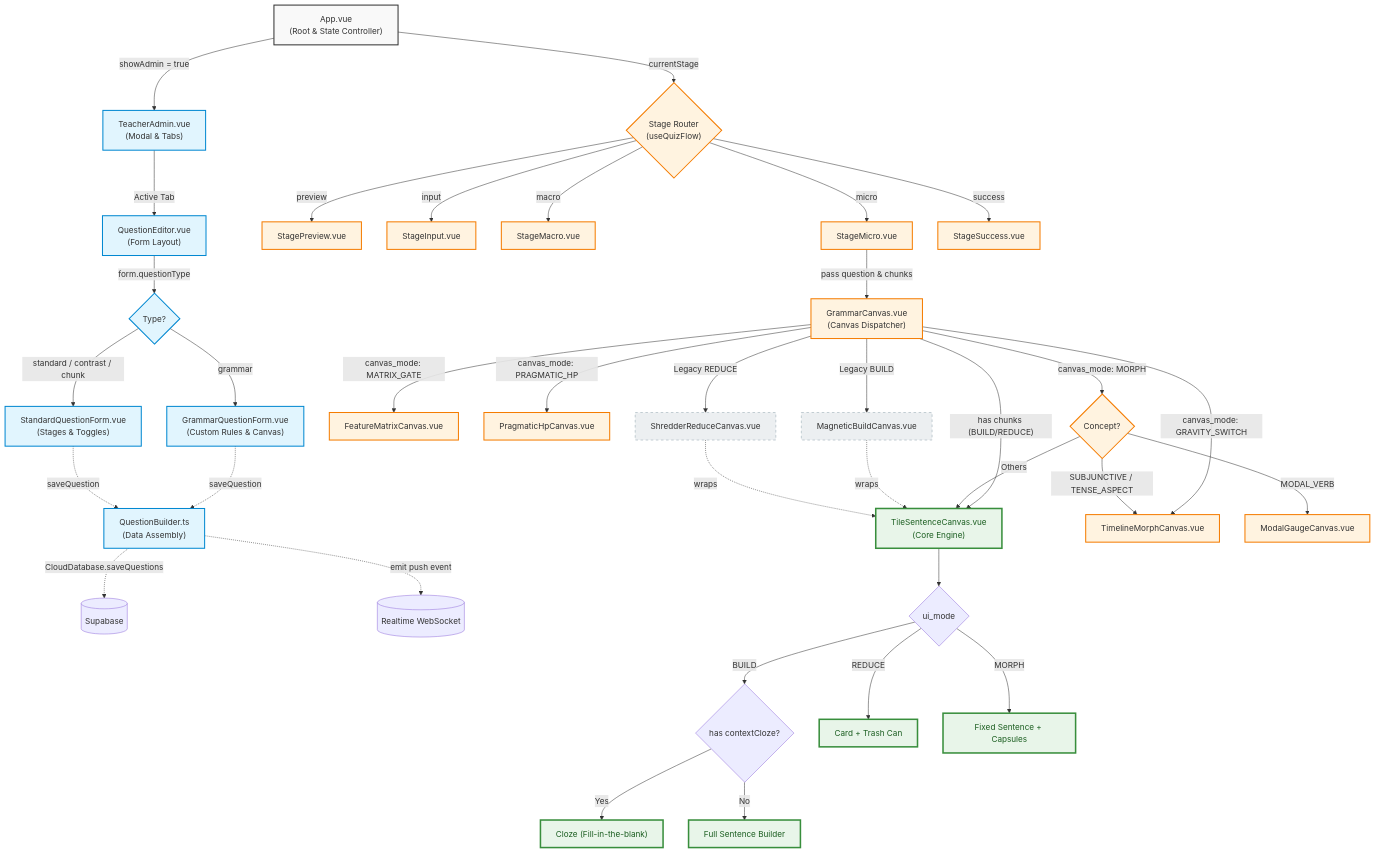
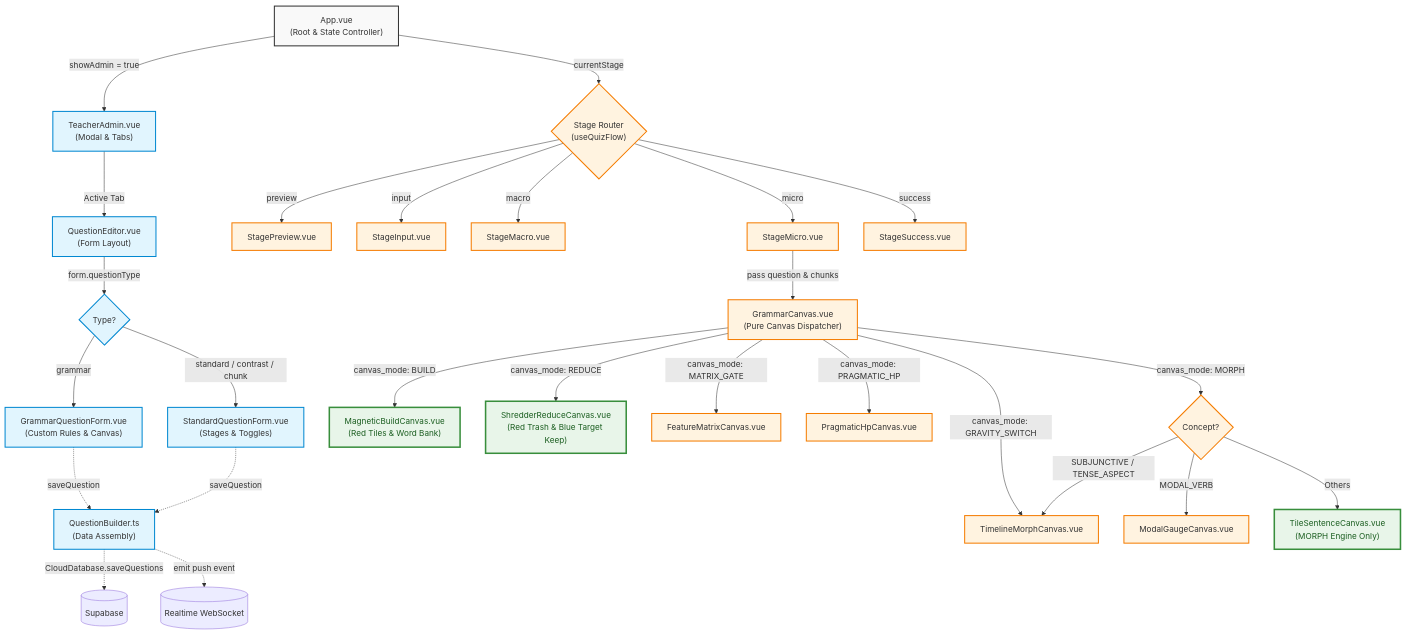
One commit to ylin3-learner/SyntaxHunt changed the third of 7 diagrams in README.md. Above: the diagram before and after it, drawn with Mermaid. The commit also changed other lines of this file and 1 other file, not shown here.

First line of the commit message:
docs(readme): update architecture diagrams and REDUCE mode documentation

````diff
--- a/README.md
+++ b/README.md
@@ -181,12 +181,13 @@
     StageRouter -->|"success"| StageSuccess["StageSuccess.vue"]
     
     %% Micro Stage (Core)
-    StageMicro -->|"pass question & chunks"| CanvasRouter["GrammarCanvas.vue<br/>(Canvas Dispatcher)"]
+    StageMicro -->|"pass question & chunks"| CanvasRouter["GrammarCanvas.vue<br/>(Pure Canvas Dispatcher)"]
 
     %% ==========================================
-    %% Canvas Routing
+    %% Canvas Routing (Strictly Decoupled)
     %% ==========================================
-    CanvasRouter -->|"has chunks (BUILD/REDUCE)"| Tile["TileSentenceCanvas.vue<br/>(Core Engine)"]
+    CanvasRouter -->|"canvas_mode: BUILD"| Mag["MagneticBuildCanvas.vue<br/>(Red Tiles & Word Bank)"]
+    CanvasRouter -->|"canvas_mode: REDUCE"| Shred["ShredderReduceCanvas.vue<br/>(Red Trash & Blue Target Keep)"]
     CanvasRouter -->|"canvas_mode: MATRIX_GATE"| Matrix["FeatureMatrixCanvas.vue"]
     CanvasRouter -->|"canvas_mode: PRAGMATIC_HP"| HP["PragmaticHpCanvas.vue"]
     CanvasRouter -->|"canvas_mode: GRAVITY_SWITCH"| Gravity["TimelineMorphCanvas.vue"]
@@ -194,38 +195,18 @@
     
     MorphRouter -->|"MODAL_VERB"| Modal["ModalGaugeCanvas.vue"]
     MorphRouter -->|"SUBJUNCTIVE / TENSE_ASPECT"| Gravity
-    MorphRouter -->|"Others"| Tile
-    
-    CanvasRouter -->|"Legacy BUILD"| Mag["MagneticBuildCanvas.vue"]
-    CanvasRouter -->|"Legacy REDUCE"| Shred["ShredderReduceCanvas.vue"]
-    
-    Mag -.->|"wraps"| Tile
-    Shred -.->|"wraps"| Tile
+    MorphRouter -->|"Others"| Tile["TileSentenceCanvas.vue<br/>(MORPH Engine Only)"]
 
     %% ==========================================
-    %% TileSentenceCanvas Internal UI Modes
-    %% ==========================================
-    Tile --> TileMode{"ui_mode"}
-    
-    TileMode -->|"BUILD"| ClozeCheck{"has contextCloze?"}
-    ClozeCheck -->|"Yes"| ClozeUI["Cloze (Fill-in-the-blank)"]
-    ClozeCheck -->|"No"| BuildUI["Full Sentence Builder"]
-    
-    TileMode -->|"REDUCE"| ReduceUI["Card + Trash Can"]
-    TileMode -->|"MORPH"| MorphUI["Fixed Sentence + Capsules"]
-
-    %% ==========================================
-    %% Styling (Optional)
+    %% Styling
     %% ==========================================
     classDef root fill:#f9f9f9,stroke:#333,stroke-width:2px;
     classDef teacher fill:#e1f5fe,stroke:#0288d1,stroke-width:2px;
     classDef student fill:#fff3e0,stroke:#f57c00,stroke-width:2px;
     classDef core fill:#e8f5e9,stroke:#388e3c,stroke-width:3px,color:#1b5e20;
-    classDef legacy fill:#eceff1,stroke:#90a4ae,stroke-width:1px,stroke-dasharray: 5 5;
 
     class App root;
     class AdminModal,Editor,FormType,GForm,SForm,Builder teacher;
     class StageRouter,StagePreview,StageInput,StageMacro,StageMicro,StageSuccess,CanvasRouter,Matrix,HP,Gravity,MorphRouter,Modal student;
-    class Tile,ClozeUI,BuildUI,ReduceUI,MorphUI core;
-    class Mag,Shred legacy;
+    class Mag,Shred,Tile core;
 ```
````
